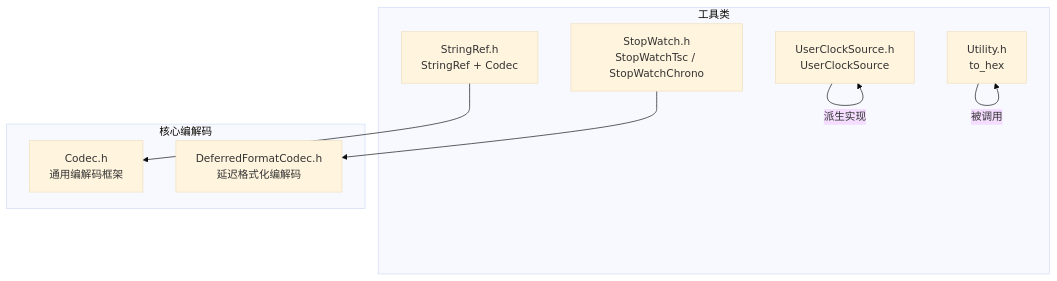
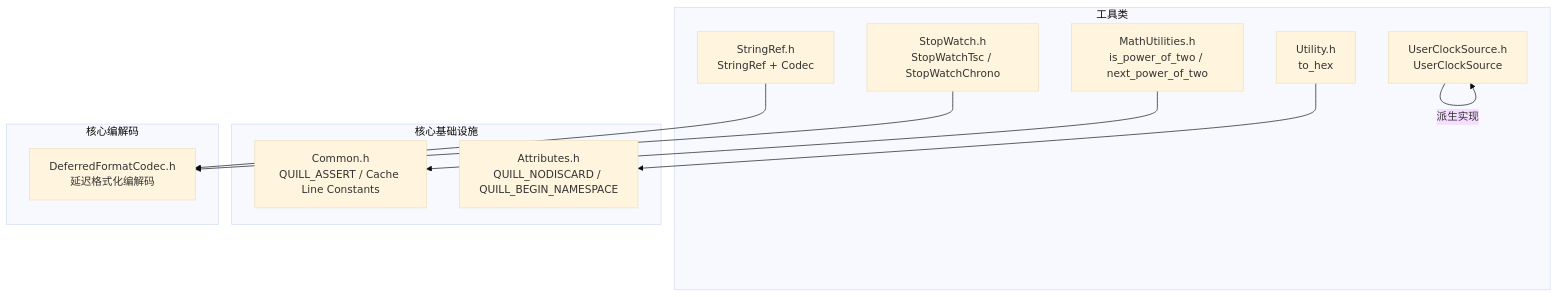
The first of 8 diagrams in .qoder/repowiki/zh/content/API参考手册/工具类API.md (xuetianhao98/quill), drawn with Mermaid (base theme) before and after one commit. The commit also changed other lines of this file and 101 other files, not shown here.

````diff
--- a/.qoder/repowiki/zh/content/API参考手册/工具类API.md
+++ b/.qoder/repowiki/zh/content/API参考手册/工具类API.md
@@ -46,17 +60,22 @@
 ```mermaid
 graph TB
 subgraph "工具类"
 U["Utility.h<br/>to_hex"]
+MU["MathUtilities.h<br/>is_power_of_two / next_power_of_two"]
 SR["StringRef.h<br/>StringRef + Codec"]
 SW["StopWatch.h<br/>StopWatchTsc / StopWatchChrono"]
 UCS["UserClockSource.h<br/>UserClockSource"]
 end
+subgraph "核心基础设施"
+C["Common.h<br/>QUILL_ASSERT / Cache Line Constants"]
+A["Attributes.h<br/>QUILL_NODISCARD / QUILL_BEGIN_NAMESPACE"]
+end
 subgraph "核心编解码"
-C["Codec.h<br/>通用编解码框架"]
 DFC["DeferredFormatCodec.h<br/>延迟格式化编解码"]
 end
-SR --> C
+MU --> C
+U --> A
+SR --> DFC
 SW --> DFC
 UCS --> |"派生实现"| UCS
-U --> |"被调用"| U
 ```
````
